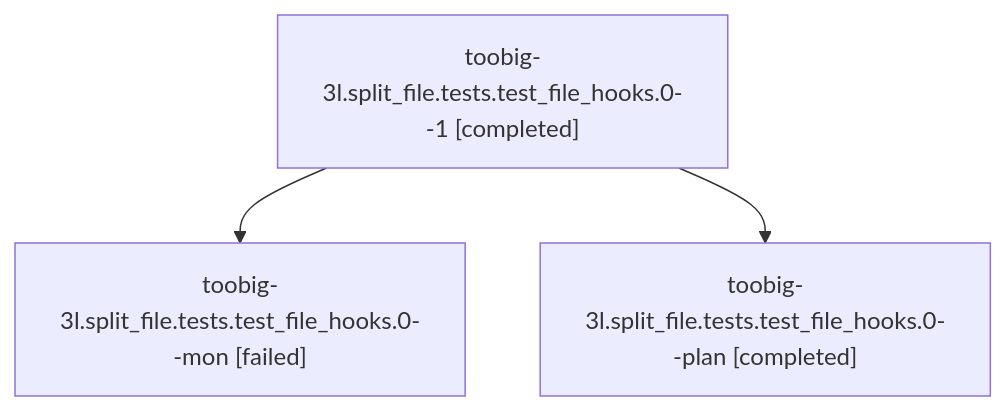
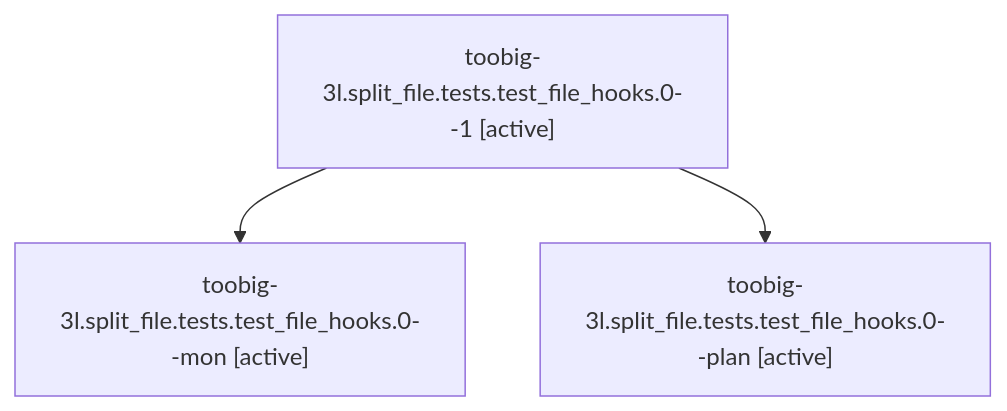
One commit to sase-org/sase--agents changed the diagram in families/bbugyi200.athena.toobig-3l.split_file.tests.test_file_hooks.0.md. Above: the diagram before and after it, drawn with Mermaid. The commit also changed other lines of this file and 35830 other files, not shown here.

````diff
--- a/families/bbugyi200.athena.toobig-3l.split_file.tests.test_file_hooks.0.md
+++ b/families/bbugyi200.athena.toobig-3l.split_file.tests.test_file_hooks.0.md
@@ -9,8 +9,8 @@
 ```mermaid
 flowchart TD
-  n0["toobig-3l.split_file.tests.test_file_hooks.0--1 [completed]"]
-  n1["toobig-3l.split_file.tests.test_file_hooks.0--mon [failed]"]
+  n0["toobig-3l.split_file.tests.test_file_hooks.0--1 [active]"]
+  n1["toobig-3l.split_file.tests.test_file_hooks.0--mon [active]"]
   n0 --> n1
-  n2["toobig-3l.split_file.tests.test_file_hooks.0--plan [completed]"]
+  n2["toobig-3l.split_file.tests.test_file_hooks.0--plan [active]"]
   n0 --> n2
 ```
````
